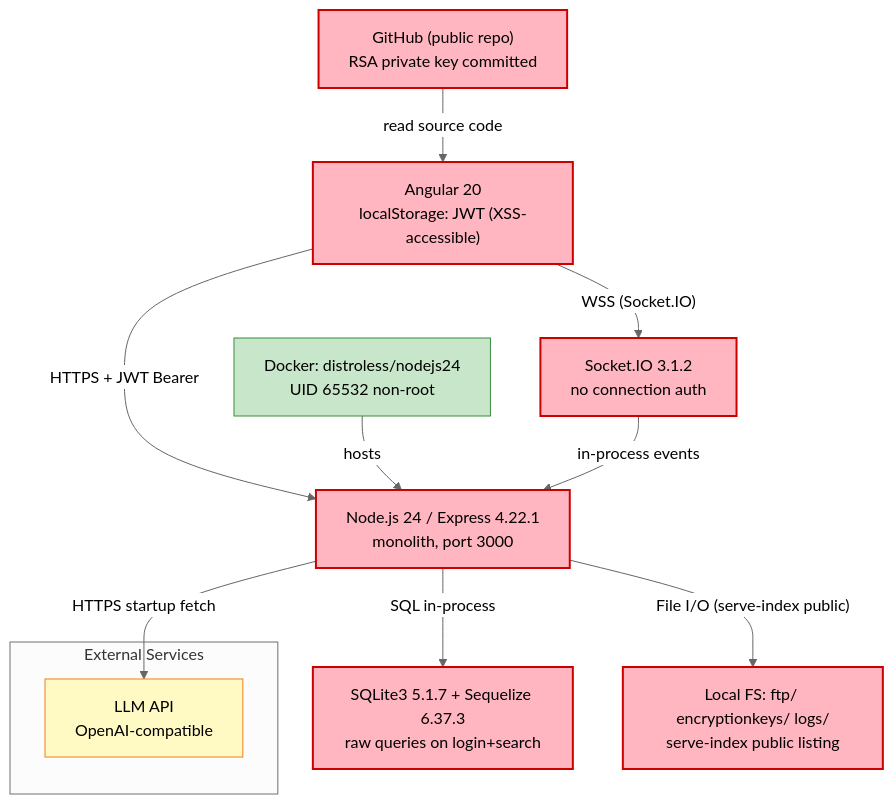
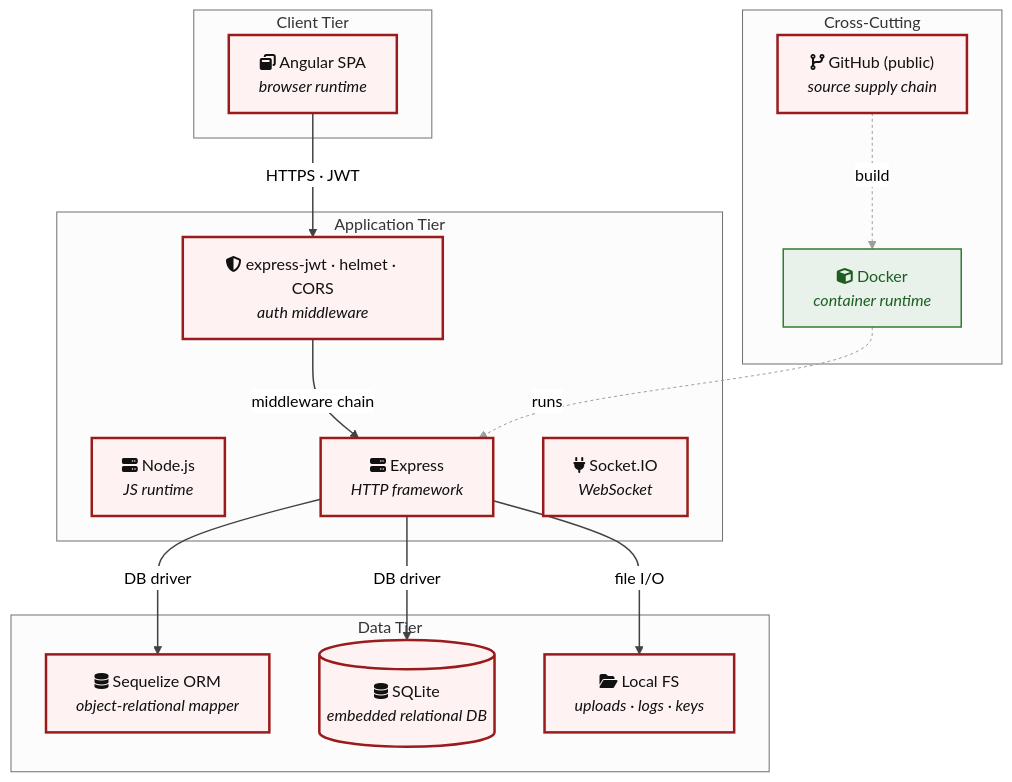
One commit to appsec-foundry/appsec-advisor changed the sixth of 21 diagrams in examples/threat-modeler/threat-model-juice-shop-standard.md. Above: the diagram before and after it, drawn with Mermaid (neutral theme). The commit also changed other lines of this file and 2 other files, not shown here.

````diff
--- a/examples/threat-modeler/threat-model-juice-shop-standard.md
+++ b/examples/threat-modeler/threat-model-juice-shop-standard.md
@@ -537,32 +459,33 @@
 ```mermaid
-graph TB
-    classDef risk fill:#FFB6C1,stroke:#c00,color:#000,stroke-width:2px
-    classDef warn fill:#FFF9C4,stroke:#f57f17,color:#000
-    classDef ok   fill:#C8E6C9,stroke:#388e3c,color:#000
+flowchart TD
+    subgraph CLIENT["Client Tier"]
+        FE_ANGULAR["fa:fa-window-restore Angular SPA<br/><i>browser runtime</i>"]:::risk
+    end
+    subgraph APP["Application Tier"]
+        RUNTIME["fa:fa-server Node.js<br/><i>JS runtime</i>"]:::risk
+        EXPRESS["fa:fa-server Express<br/><i>HTTP framework</i>"]:::risk
+        AUTH_MW["fa:fa-shield-halved express-jwt · helmet · CORS<br/><i>auth middleware</i>"]:::risk
+        REALTIME["fa:fa-plug Socket.IO<br/><i>WebSocket</i>"]:::risk
+    end
+    subgraph DATA["Data Tier"]
+        ORM["fa:fa-database Sequelize ORM<br/><i>object-relational mapper</i>"]:::risk
+        SQLITE[("fa:fa-database SQLite<br/><i>embedded relational DB</i>")]:::risk
+        LOCAL_FS["fa:fa-folder-open Local FS<br/><i>uploads · logs · keys</i>"]:::risk
+    end
+    subgraph INFRA["Cross-Cutting"]
+        INFRA_RUN["fa:fa-cube Docker<br/><i>container runtime</i>"]:::ok
+        INFRA_SCM["fa:fa-code-branch GitHub (public)<br/><i>source supply chain</i>"]:::risk
+    end
+    FE_ANGULAR -->|"HTTPS · JWT"| AUTH_MW
+    AUTH_MW -->|"middleware chain"| EXPRESS
+    EXPRESS -->|"DB driver"| ORM
+    EXPRESS -->|"DB driver"| SQLITE
+    EXPRESS -->|"file I/O"| LOCAL_FS
+    INFRA_SCM -.->|"build"| INFRA_RUN
+    INFRA_RUN -.->|"runs"| EXPRESS
 
-    AngularSPA["Angular 20<br/>localStorage: JWT (XSS-accessible)"]
-    Container["Docker: distroless/nodejs24<br/>UID 65532 non-root"]
-    NodeExpress["Node.js 24 / Express 4.22.1<br/>monolith, port 3000"]
-    SocketIO["Socket.IO 3.1.2<br/>no connection auth"]
-    SQLiteSeq["SQLite3 5.1.7 + Sequelize 6.37.3<br/>raw queries on login+search"]
-    LocalFS["Local FS: ftp/ encryptionkeys/ logs/<br/>serve-index public listing"]
-    GHRepo["GitHub (public repo)<br/>RSA private key committed"]
-
-    subgraph EXT["External Services"]
-        LLMApi["LLM API<br/>OpenAI-compatible"]
-    end
-
-    AngularSPA -->|"HTTPS + JWT Bearer"| NodeExpress
-    AngularSPA -->|"WSS (Socket.IO)"| SocketIO
-    Container -->|"hosts"| NodeExpress
-    NodeExpress -->|"SQL in-process"| SQLiteSeq
-    NodeExpress -->|"File I/O (serve-index public)"| LocalFS
-    NodeExpress -->|"HTTPS startup fetch"| LLMApi
-    SocketIO -->|"in-process events"| NodeExpress
-    GHRepo -->|"read source code"| AngularSPA
-
-    class AngularSPA,NodeExpress,SocketIO,LocalFS,GHRepo risk
-    class SQLiteSeq risk
-    class Container ok
-    class LLMApi warn
+    classDef risk fill:#fef2f2,stroke:#991b1b,color:#111,stroke-width:2.5px
+    classDef ok fill:#e8f1ea,stroke:#2e7d32,color:#1b5e20,stroke-width:1.5px
+    linkStyle 0,1,2,3,4 stroke:#424242,stroke-width:1.5px
+    linkStyle 5,6 stroke:#9e9e9e,stroke-width:1px,stroke-dasharray:3 3
 ```
````
